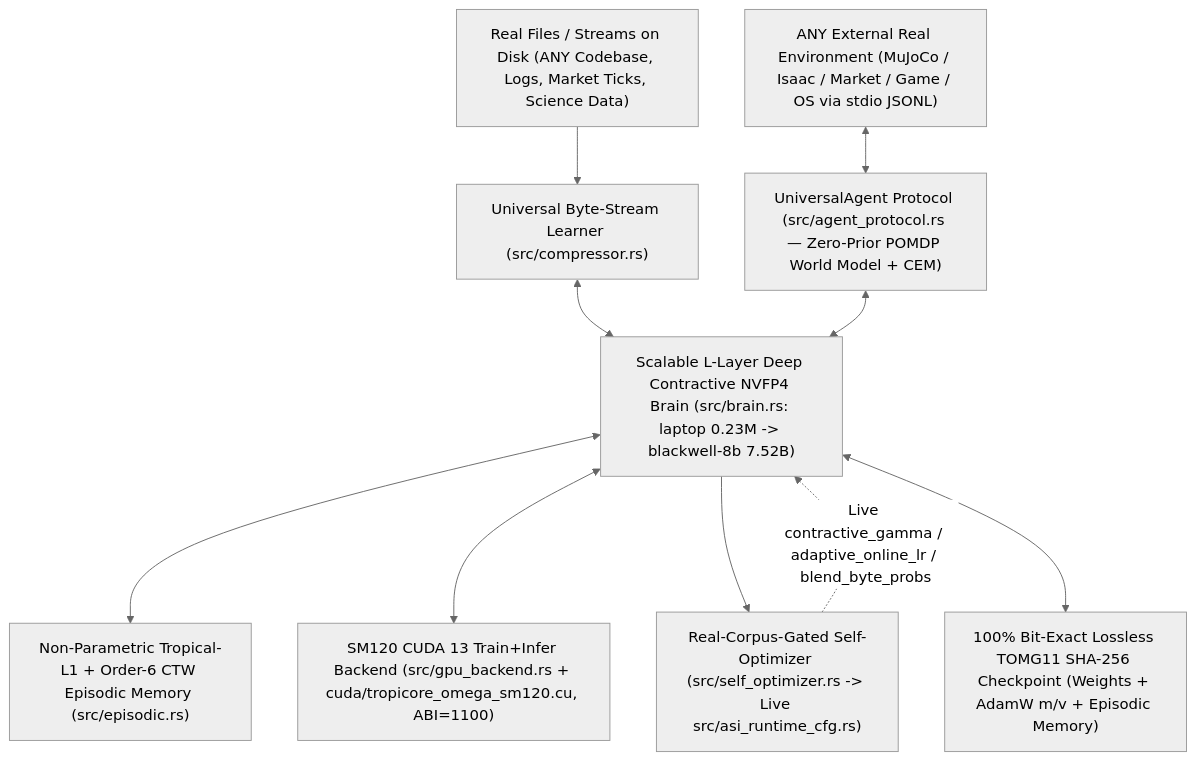
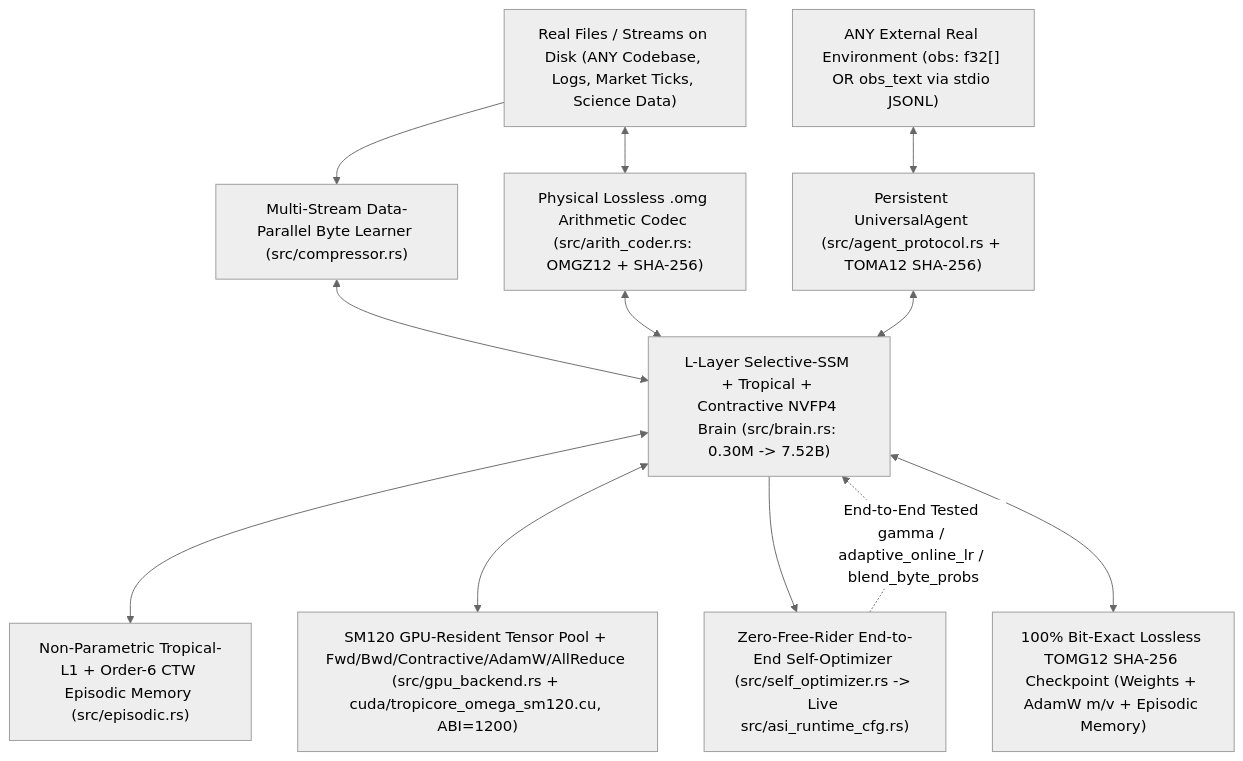
One commit to flwjfxm0004/Defi changed the diagram in 초지능/범용_초지능.md. Above: the diagram before and after it, drawn with Mermaid (neutral theme). The commit also changed other lines of this file and 14 other files, not shown here.

````diff
--- a/초지능/범용_초지능.md
+++ b/초지능/범용_초지능.md
@@ -29,12 +29,14 @@
 ```mermaid
 flowchart TD
-    REAL["Real Files / Streams on Disk (ANY Codebase, Logs, Market Ticks, Science Data)"] --> COMP["Universal Byte-Stream Learner (src/compressor.rs)"]
-    EXT["ANY External Real Environment (MuJoCo / Isaac / Market / Game / OS via stdio JSONL)"] <--> AGENT["UniversalAgent Protocol (src/agent_protocol.rs — Zero-Prior POMDP World Model + CEM)"]
-    COMP <--> BRAIN["Scalable L-Layer Deep Contractive NVFP4 Brain (src/brain.rs: laptop 0.23M -> blackwell-8b 7.52B)"]
+    REAL["Real Files / Streams on Disk (ANY Codebase, Logs, Market Ticks, Science Data)"] --> COMP["Multi-Stream Data-Parallel Byte Learner (src/compressor.rs)"]
+    REAL <--> CODEC["Physical Lossless .omg Arithmetic Codec (src/arith_coder.rs: OMGZ12 + SHA-256)"]
+    EXT["ANY External Real Environment (obs: f32[] OR obs_text via stdio JSONL)"] <--> AGENT["Persistent UniversalAgent (src/agent_protocol.rs + TOMA12 SHA-256)"]
+    COMP <--> BRAIN["L-Layer Selective-SSM + Tropical + Contractive NVFP4 Brain (src/brain.rs: 0.30M -> 7.52B)"]
+    CODEC <--> BRAIN
     AGENT <--> BRAIN
     BRAIN <--> MEM["Non-Parametric Tropical-L1 + Order-6 CTW Episodic Memory (src/episodic.rs)"]
-    BRAIN <--> GPU["SM120 CUDA 13 Train+Infer Backend (src/gpu_backend.rs + cuda/tropicore_omega_sm120.cu, ABI=1100)"]
-    BRAIN --> OPT["Real-Corpus-Gated Self-Optimizer (src/self_optimizer.rs -> Live src/asi_runtime_cfg.rs)"]
-    OPT -. "Live contractive_gamma / adaptive_online_lr / blend_byte_probs" .-> BRAIN
-    BRAIN <--> CKPT["100% Bit-Exact Lossless TOMG11 SHA-256 Checkpoint (Weights + AdamW m/v + Episodic Memory)"]
+    BRAIN <--> GPU["SM120 GPU-Resident Tensor Pool + Fwd/Bwd/Contractive/AdamW/AllReduce (src/gpu_backend.rs + cuda/tropicore_omega_sm120.cu, ABI=1200)"]
+    BRAIN --> OPT["Zero-Free-Rider End-to-End Self-Optimizer (src/self_optimizer.rs -> Live src/asi_runtime_cfg.rs)"]
+    OPT -. "End-to-End Tested gamma / adaptive_online_lr / blend_byte_probs" .-> BRAIN
+    BRAIN <--> CKPT["100% Bit-Exact Lossless TOMG12 SHA-256 Checkpoint (Weights + AdamW m/v + Episodic Memory)"]
 ```
````
